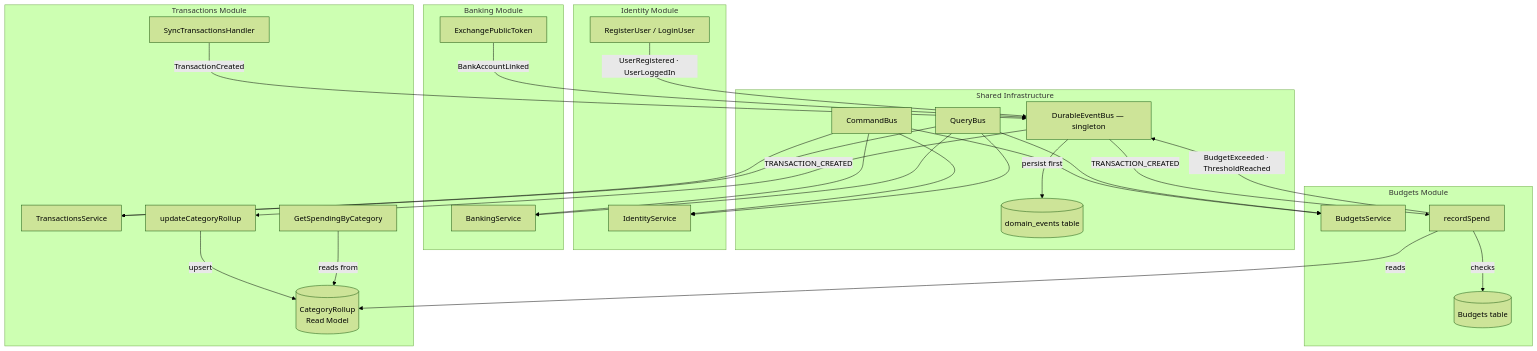
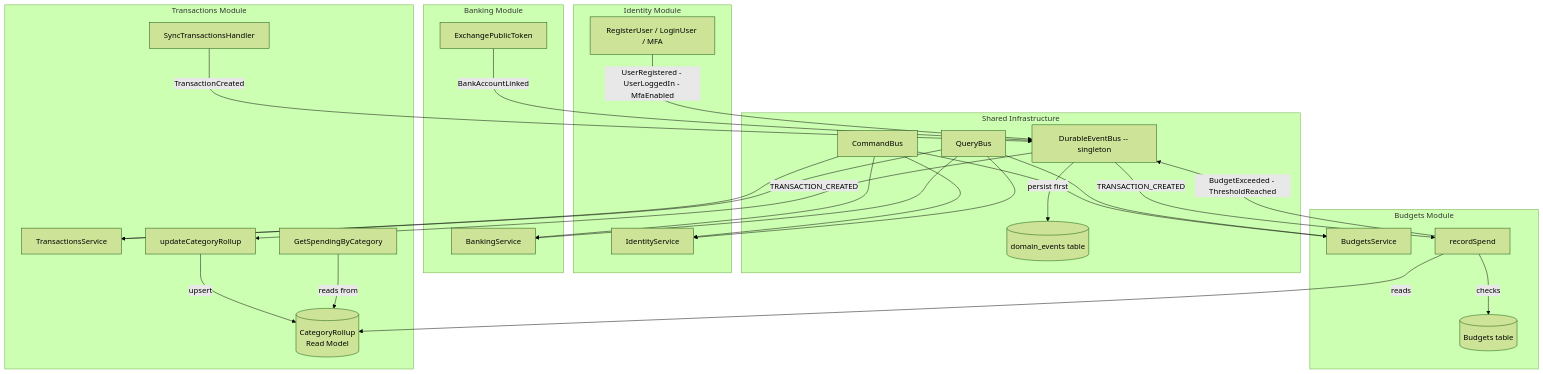
Before and after one commit to ctsmith2308/ledger: the second of 10 diagrams in docs/flows.md, drawn with Mermaid (forest theme). The commit also changed other lines of this file and 12 other files, not shown here.

````diff
--- a/docs/flows.md
+++ b/docs/flows.md
@@ -51,45 +51,45 @@
 ```mermaid
 flowchart TB
     subgraph Shared Infrastructure
         CB[CommandBus]
         QB[QueryBus]
-        EB[DurableEventBus — singleton]
+        EB[DurableEventBus -- singleton]
         ES[(domain_events table)]
         EB -->|persist first| ES
     end
 
     subgraph Identity Module
         IC[IdentityService]
-        IR[RegisterUser / LoginUser]
-        IR -->|UserRegistered · UserLoggedIn| EB
+        IR[RegisterUser / LoginUser / MFA]
+        IR -->|UserRegistered - UserLoggedIn - MfaEnabled| EB
     end
 
     subgraph Banking Module
         BC[BankingService]
         BR[ExchangePublicToken]
         BR -->|BankAccountLinked| EB
     end
 
     subgraph Transactions Module
         TC[TransactionsService]
         TS[SyncTransactionsHandler]
         TS -->|TransactionCreated| EB
         UR[updateCategoryRollup]
         EB -->|TRANSACTION_CREATED| UR
         UR -->|upsert| RDB[(CategoryRollup<br/>Read Model)]
         GSC[GetSpendingByCategory]
         GSC -->|reads from| RDB
     end
 
     subgraph Budgets Module
         BUC[BudgetsService]
         RSH[recordSpend]
         EB -->|TRANSACTION_CREATED| RSH
         RSH -->|reads| RDB
         RSH -->|checks| BUDA[(Budgets table)]
-        RSH -->|BudgetExceeded · ThresholdReached| EB
+        RSH -->|BudgetExceeded - ThresholdReached| EB
     end
 
     CB --> IC & BC & TC & BUC
     QB --> IC & BC & TC & BUC
 ```
````
